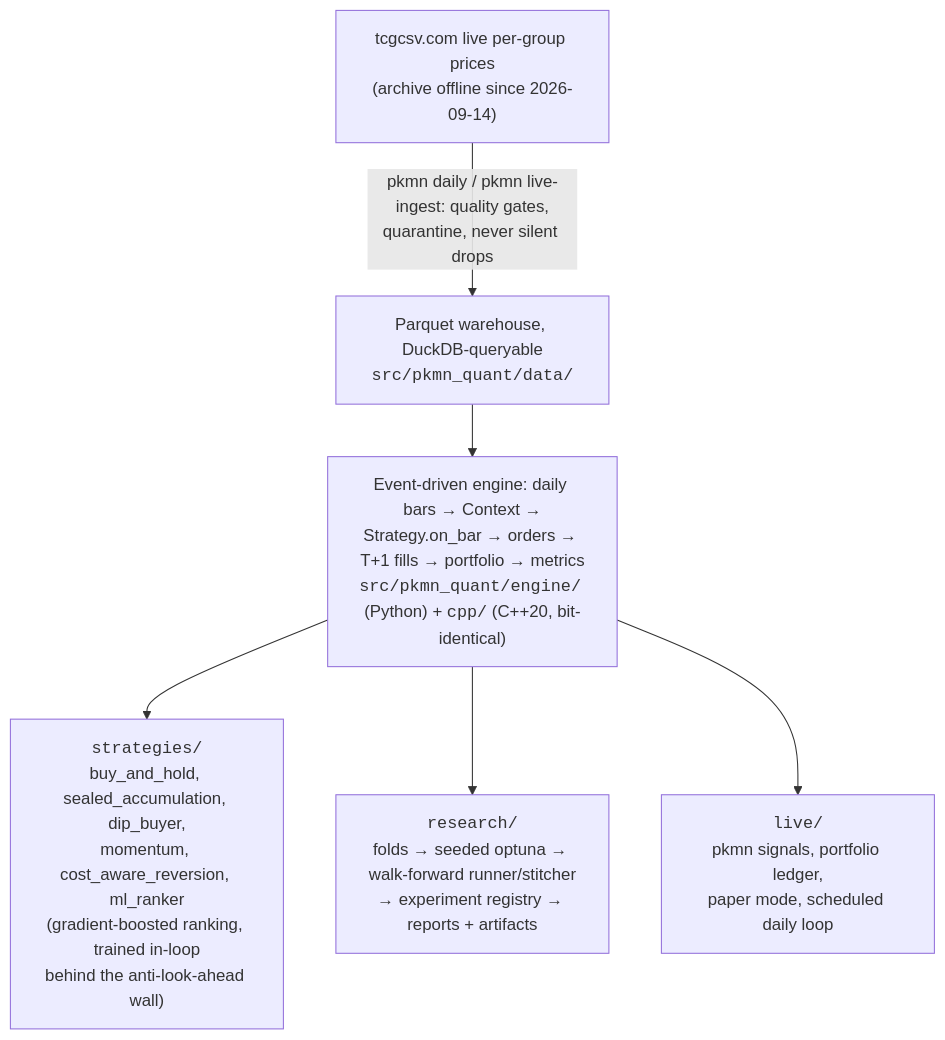
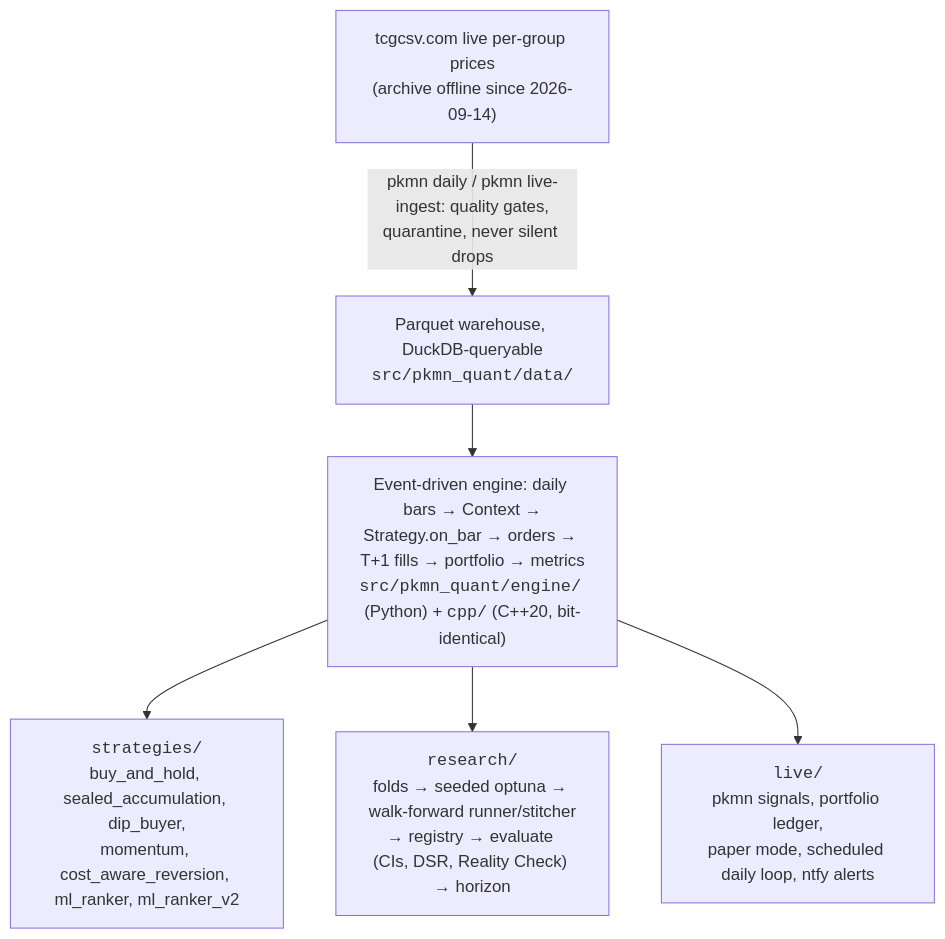
One commit to mlhv/pkmn-stock changed the first of 2 diagrams in README.md. Above: the diagram before and after it, drawn with Mermaid. The commit also changed other lines of this file, not shown here.

````diff
--- a/README.md
+++ b/README.md
@@ -78,8 +96,8 @@
 ```mermaid
 flowchart TD
     A["tcgcsv.com live per-group prices<br/>(archive offline since 2026-09-14)"] -->|"pkmn daily / pkmn live-ingest: quality gates,<br/>quarantine, never silent drops"| B["Parquet warehouse, DuckDB-queryable<br/><code>src/pkmn_quant/data/</code>"]
     B --> C["Event-driven engine: daily bars → Context →<br/>Strategy.on_bar → orders → T+1 fills → portfolio → metrics<br/><code>src/pkmn_quant/engine/</code> (Python) + <code>cpp/</code> (C++20, bit-identical)"]
-    C --> D["<code>strategies/</code><br/>buy_and_hold, sealed_accumulation, dip_buyer,<br/>momentum, cost_aware_reversion, ml_ranker<br/>(gradient-boosted ranking, trained in-loop<br/>behind the anti-look-ahead wall)"]
-    C --> E["<code>research/</code><br/>folds → seeded optuna → walk-forward runner/stitcher<br/>→ experiment registry → reports + artifacts"]
-    C --> F["<code>live/</code><br/>pkmn signals, portfolio ledger,<br/>paper mode, scheduled daily loop"]
+    C --> D["<code>strategies/</code><br/>buy_and_hold, sealed_accumulation, dip_buyer,<br/>momentum, cost_aware_reversion, ml_ranker, ml_ranker_v2"]
+    C --> E["<code>research/</code><br/>folds → seeded optuna → walk-forward runner/stitcher<br/>→ registry → evaluate (CIs, DSR, Reality Check) → horizon"]
+    C --> F["<code>live/</code><br/>pkmn signals, portfolio ledger,<br/>paper mode, scheduled daily loop, ntfy alerts"]
 ```
````
